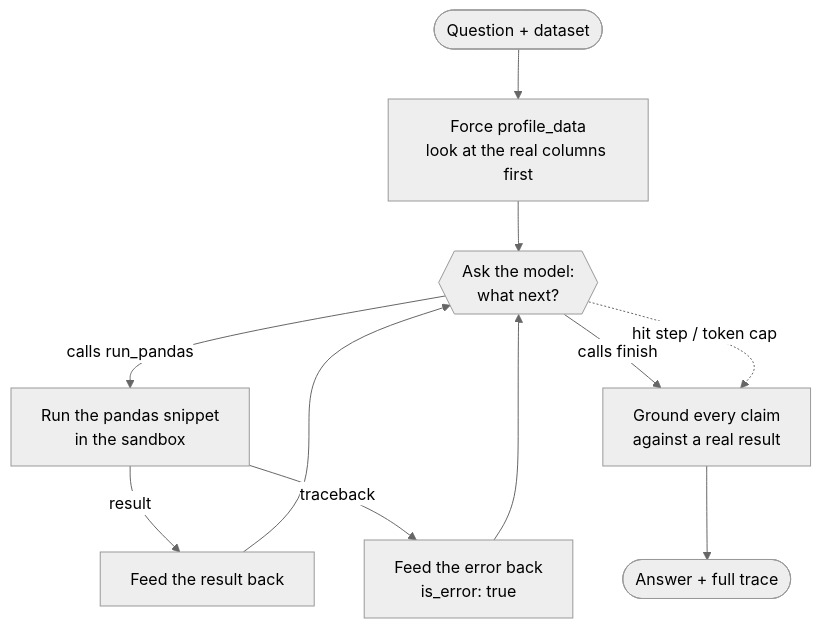
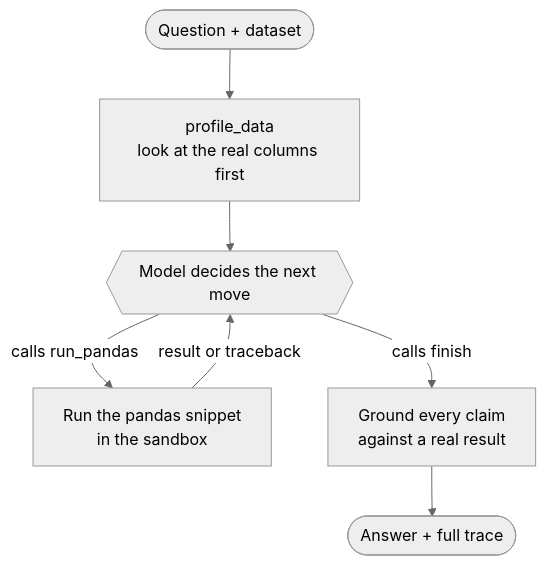
One commit to nate-bowers/data-investigator-agent changed the first of 2 diagrams in README.md. Above: the diagram before and after it, drawn with Mermaid (neutral theme). The commit also changed other lines of this file, not shown here.

First line of the commit message:
Reframe as a single-agent project: honest naming, cleaner diagrams, roadmap + hireable positioning

````diff
--- a/README.md
+++ b/README.md
@@ -30,13 +32,9 @@
 ```mermaid
 flowchart TD
-    Q([Question + dataset]) --> P[Force profile_data<br/>look at the real columns first]
-    P --> M{{Ask the model:<br/>what next?}}
+    Q([Question + dataset]) --> P[profile_data<br/>look at the real columns first]
+    P --> M{{Model decides the next move}}
     M -->|calls run_pandas| R[Run the pandas snippet<br/>in the sandbox]
-    R -->|result| FB[Feed the result back]
-    R -->|traceback| ER[Feed the error back<br/>is_error: true]
-    ER --> M
-    FB --> M
+    R -->|result or traceback| M
     M -->|calls finish| G[Ground every claim<br/>against a real result]
-    G --> ANS([Answer + full trace])
-    M -.->|hit step / token cap| G
+    G --> DONE([Answer + full trace])
 ```
````
